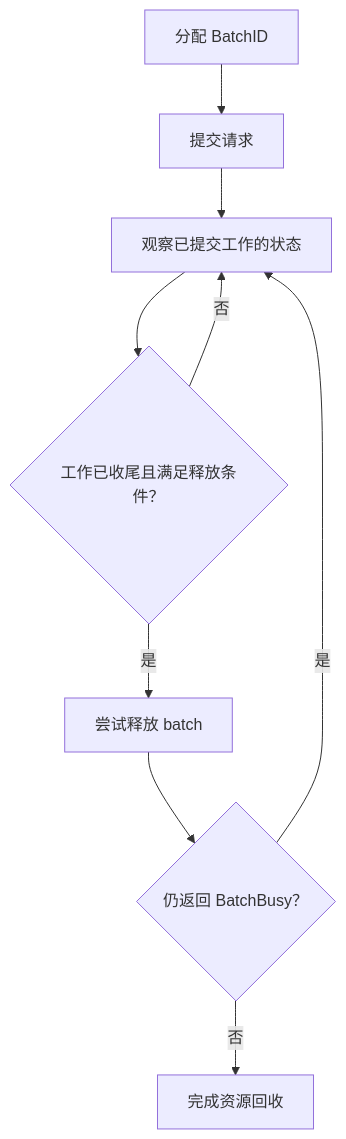
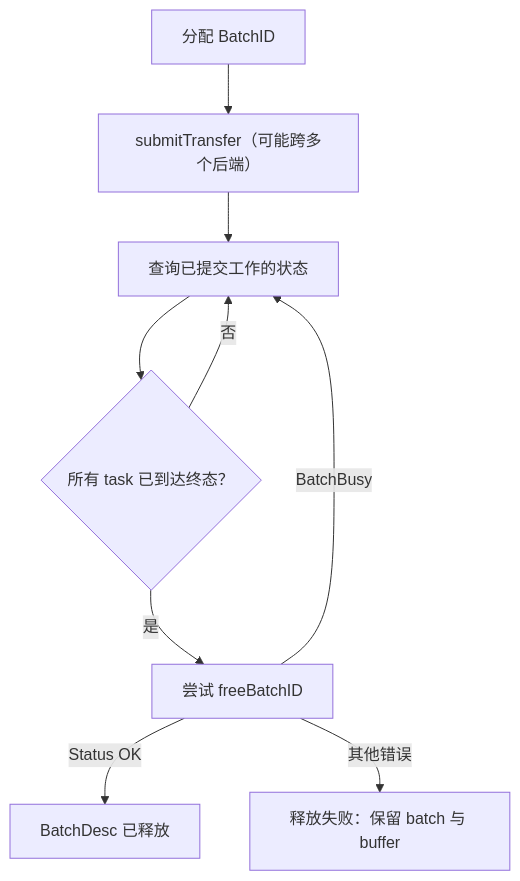
One commit to Hansyangxingxiang/Mooncake changed the second of 2 diagrams in mooncake-kv-cache-series/wechat/06-transfer-lifecycle.md. Above: the diagram before and after it, drawn with Mermaid. The commit also changed other lines of this file and 42 other files, not shown here.

````diff
--- a/mooncake-kv-cache-series/wechat/06-transfer-lifecycle.md
+++ b/mooncake-kv-cache-series/wechat/06-transfer-lifecycle.md
@@ -62,11 +68,11 @@
 ```mermaid
 flowchart TB
-    A["分配 BatchID"] --> S["提交请求"]
-    S --> Q["观察已提交工作的状态"]
-    Q --> F{"工作已收尾且满足释放条件？"}
+    A["分配 BatchID"] --> S["submitTransfer（可能跨多个后端）"]
+    S --> Q["查询已提交工作的状态"]
+    Q --> F{"所有 task 已到达终态？"}
     F -->|否| Q
-    F -->|是| R["尝试释放 batch"]
-    R --> B{"仍返回 BatchBusy？"}
-    B -->|是| Q
-    B -->|否| D["完成资源回收"]
+    F -->|是| R["尝试 freeBatchID"]
+    R -->|"Status OK"| D["BatchDesc 已释放"]
+    R -->|"BatchBusy"| Q
+    R -->|"其他错误"| E["释放失败：保留 batch 与 buffer"]
 ```
````
